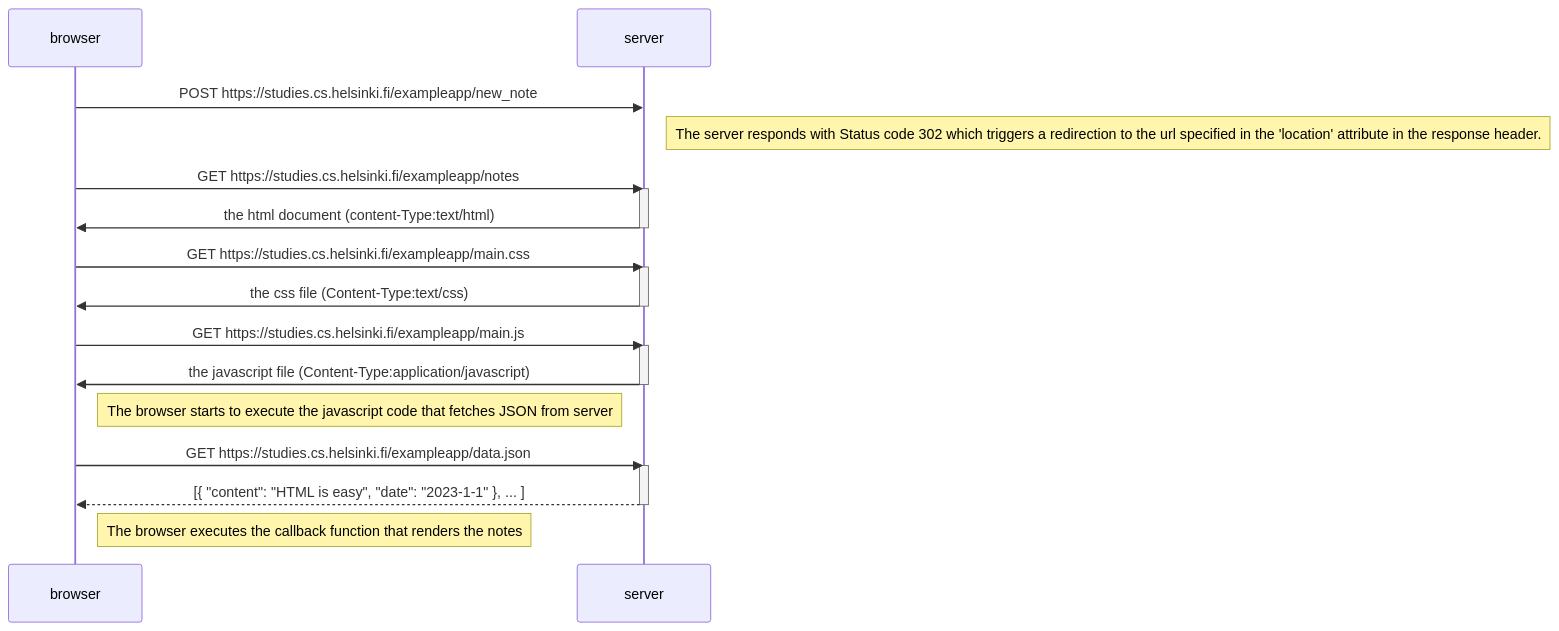
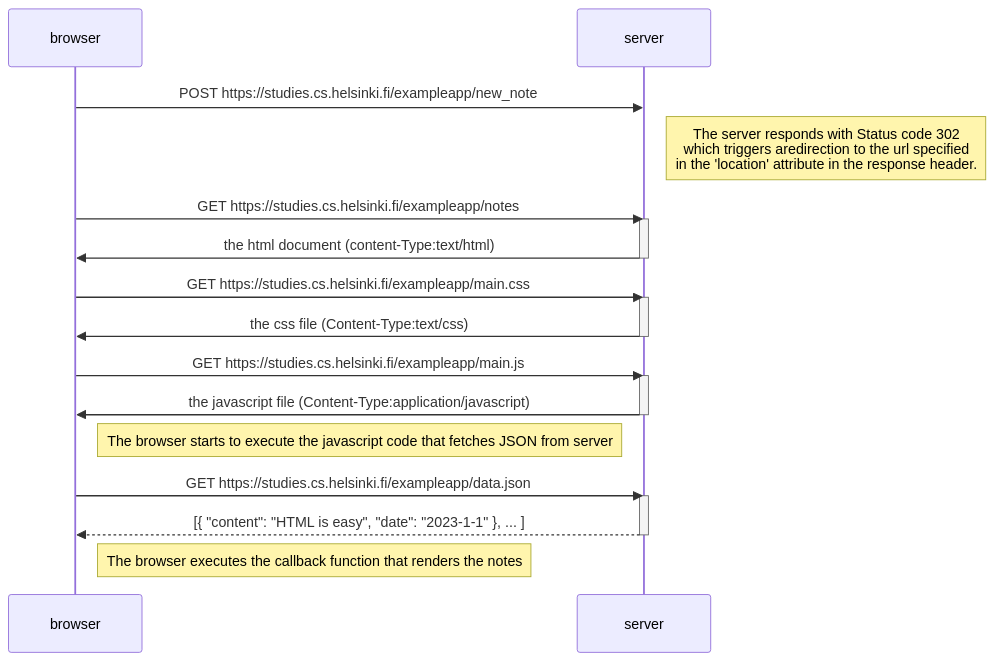
Before and after one commit to thasneem9/fullstackopen: the first of 2 diagrams in part0/task1.md, drawn with Mermaid. The commit also changed other lines of this file, not shown here.

Commit message:
SPA sequence diagram

````diff
--- a/part0/task1.md
+++ b/part0/task1.md
@@ -2,37 +3,37 @@
 ```mermaid
   sequenceDiagram
   participant browser
   participant server
 	
   browser->>server: POST https://studies.cs.helsinki.fi/exampleapp/new_note
-  Note right of server: The server responds with Status code 302 which triggers a redirection to the url specified in the 'location' attribute in the response header.
+  Note right of server: The server responds with Status code 302  <br>  which triggers aredirection to the url specified <br> in the 'location' attribute in the response header.
 	
   browser->>server: GET https://studies.cs.helsinki.fi/exampleapp/notes
 	
   activate server
   server->>browser: the html document (content-Type:text/html)
   deactivate server
 	
 	browser->>server: GET https://studies.cs.helsinki.fi/exampleapp/main.css
 	
 	activate server
 	server->>browser: the css file (Content-Type:text/css)
 	deactivate server
 	
 
 	browser->>server: GET https://studies.cs.helsinki.fi/exampleapp/main.js
 	
 	activate server
 	server->>browser: the javascript file (Content-Type:application/javascript)
 	deactivate server
 
 	Note right of browser: The  browser starts to execute the javascript code that fetches JSON from server
 	
 	browser->>server: GET https://studies.cs.helsinki.fi/exampleapp/data.json
 	
   activate server
   server-->>browser: [{ "content": "HTML is easy", "date": "2023-1-1" }, ... ]
   deactivate server    
 
   Note right of browser: The browser executes the callback function that renders the notes 
 ```
````
